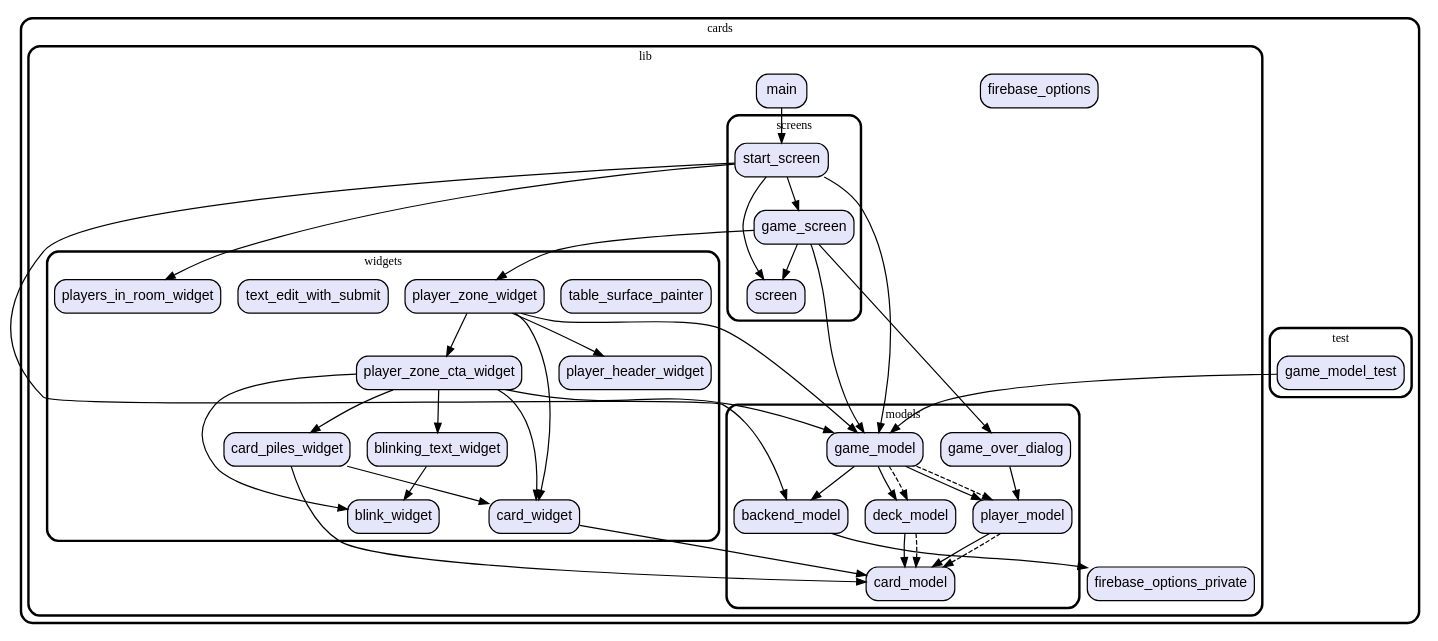
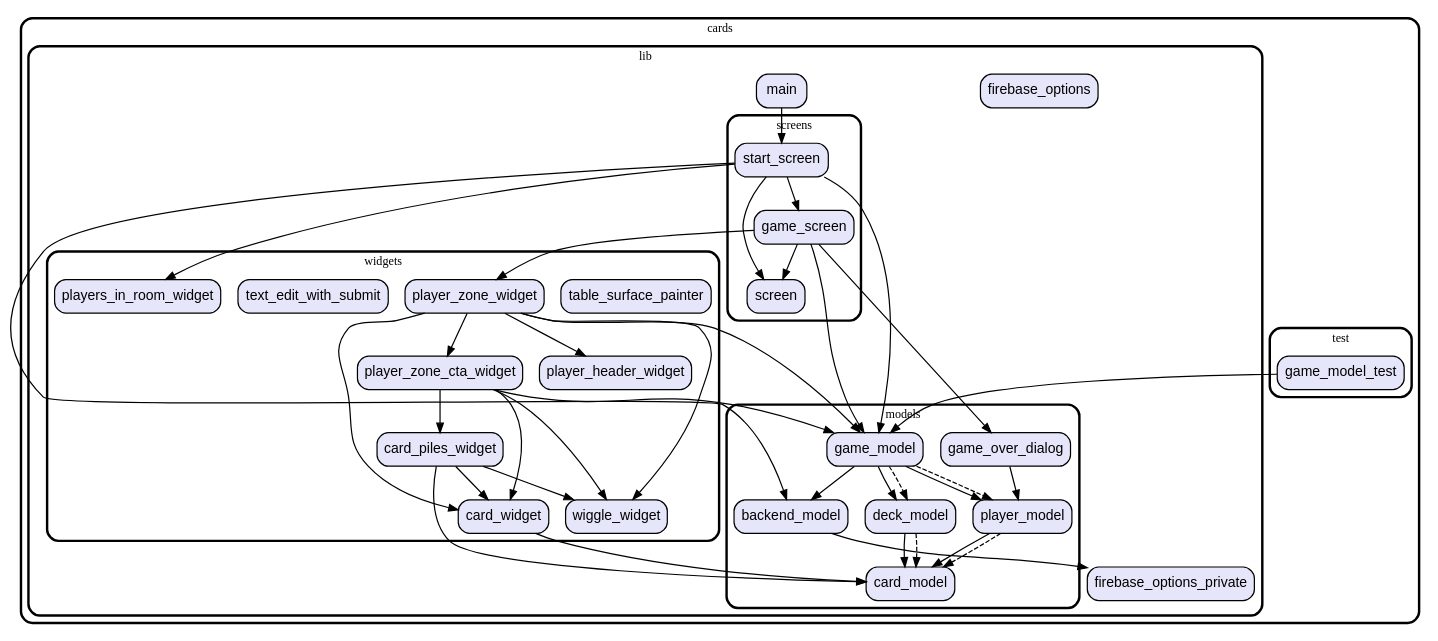
Before and after one commit to vteam-com/Cards: the diagram in graph.dot, drawn with Graphviz. The commit also changed 7 other files, not shown here.

```diff
--- a/graph.dot
+++ b/graph.dot
@@ -1,104 +1,102 @@
 digraph "" {
   graph [style=rounded fontname="Arial Black" fontsize=13 penwidth=2.6];
   node [shape=rect style="filled,rounded" fontname=Arial fontsize=15 fillcolor=Lavender penwidth=1.3];
   edge [penwidth=1.3];
   "/test/game_model_test.dart" [label="game_model_test"];
   "/lib/firebase_options_private.dart" [label="firebase_options_private"];
   "/lib/firebase_options.dart" [label="firebase_options"];
   "/lib/models/game_model.dart" [label="game_model"];
   "/lib/models/game_over_dialog.dart" [label="game_over_dialog"];
   "/lib/models/player_model.dart" [label="player_model"];
   "/lib/models/card_model.dart" [label="card_model"];
   "/lib/models/backend_model.dart" [label="backend_model"];
   "/lib/models/deck_model.dart" [label="deck_model"];
   "/lib/screens/game_screen.dart" [label="game_screen"];
   "/lib/screens/start_screen.dart" [label="start_screen"];
   "/lib/screens/screen.dart" [label="screen"];
   "/lib/main.dart" [label="main"];
   "/lib/widgets/player_zone_cta_widget.dart" [label="player_zone_cta_widget"];
   "/lib/widgets/table_surface_painter.dart" [label="table_surface_painter"];
   "/lib/widgets/card_widget.dart" [label="card_widget"];
   "/lib/widgets/player_header_widget.dart" [label="player_header_widget"];
+  "/lib/widgets/wiggle_widget.dart" [label="wiggle_widget"];
   "/lib/widgets/players_in_room_widget.dart" [label="players_in_room_widget"];
   "/lib/widgets/text_edit_with_submit.dart" [label="text_edit_with_submit"];
   "/lib/widgets/player_zone_widget.dart" [label="player_zone_widget"];
   "/lib/widgets/card_piles_widget.dart" [label="card_piles_widget"];
-  "/lib/widgets/blink_widget.dart" [label="blink_widget"];
-  "/lib/widgets/blinking_text_widget.dart" [label="blinking_text_widget"];
   subgraph "cluster~" {
     label="cards";
     subgraph "cluster~/test" {
       label="test";
       "/test/game_model_test.dart";
     }
     subgraph "cluster~/lib" {
       label="lib";
       "/lib/firebase_options_private.dart";
       "/lib/firebase_options.dart";
       "/lib/main.dart";
       subgraph "cluster~/lib/models" {
         label="models";
         "/lib/models/game_model.dart";
         "/lib/models/game_over_dialog.dart";
         "/lib/models/player_model.dart";
         "/lib/models/card_model.dart";
         "/lib/models/backend_model.dart";
         "/lib/models/deck_model.dart";
       }
       subgraph "cluster~/lib/screens" {
         label="screens";
         "/lib/screens/game_screen.dart";
         "/lib/screens/start_screen.dart";
         "/lib/screens/screen.dart";
       }
       subgraph "cluster~/lib/widgets" {
         label="widgets";
         "/lib/widgets/player_zone_cta_widget.dart";
         "/lib/widgets/table_surface_painter.dart";
         "/lib/widgets/card_widget.dart";
         "/lib/widgets/player_header_widget.dart";
+        "/lib/widgets/wiggle_widget.dart";
         "/lib/widgets/players_in_room_widget.dart";
         "/lib/widgets/text_edit_with_submit.dart";
         "/lib/widgets/player_zone_widget.dart";
         "/lib/widgets/card_piles_widget.dart";
-        "/lib/widgets/blink_widget.dart";
-        "/lib/widgets/blinking_text_widget.dart";
       }
     }
   }
   "/test/game_model_test.dart" -> "/lib/models/game_model.dart";
   "/lib/models/game_model.dart" -> "/lib/models/backend_model.dart";
   "/lib/models/game_model.dart" -> "/lib/models/deck_model.dart";
   "/lib/models/game_model.dart" -> "/lib/models/player_model.dart";
   "/lib/models/game_model.dart" -> "/lib/models/deck_model.dart" [style=dashed];
   "/lib/models/game_model.dart" -> "/lib/models/player_model.dart" [style=dashed];
   "/lib/models/game_over_dialog.dart" -> "/lib/models/player_model.dart";
   "/lib/models/player_model.dart" -> "/lib/models/card_model.dart";
   "/lib/models/player_model.dart" -> "/lib/models/card_model.dart" [style=dashed];
   "/lib/models/backend_model.dart" -> "/lib/firebase_options_private.dart";
   "/lib/models/deck_model.dart" -> "/lib/models/card_model.dart";
   "/lib/models/deck_model.dart" -> "/lib/models/card_model.dart" [style=dashed];
   "/lib/screens/game_screen.dart" -> "/lib/models/game_model.dart";
   "/lib/screens/game_screen.dart" -> "/lib/models/game_over_dialog.dart";
   "/lib/screens/game_screen.dart" -> "/lib/screens/screen.dart";
   "/lib/screens/game_screen.dart" -> "/lib/widgets/player_zone_widget.dart";
   "/lib/screens/start_screen.dart" -> "/lib/models/backend_model.dart";
   "/lib/screens/start_screen.dart" -> "/lib/models/game_model.dart";
   "/lib/screens/start_screen.dart" -> "/lib/screens/game_screen.dart";
   "/lib/screens/start_screen.dart" -> "/lib/screens/screen.dart";
   "/lib/screens/start_screen.dart" -> "/lib/widgets/players_in_room_widget.dart";
   "/lib/main.dart" -> "/lib/screens/start_screen.dart";
   "/lib/widgets/player_zone_cta_widget.dart" -> "/lib/models/game_model.dart";
-  "/lib/widgets/player_zone_cta_widget.dart" -> "/lib/widgets/blink_widget.dart";
-  "/lib/widgets/player_zone_cta_widget.dart" -> "/lib/widgets/blinking_text_widget.dart";
   "/lib/widgets/player_zone_cta_widget.dart" -> "/lib/widgets/card_piles_widget.dart";
   "/lib/widgets/player_zone_cta_widget.dart" -> "/lib/widgets/card_widget.dart";
+  "/lib/widgets/player_zone_cta_widget.dart" -> "/lib/widgets/wiggle_widget.dart";
   "/lib/widgets/card_widget.dart" -> "/lib/models/card_model.dart";
   "/lib/widgets/player_zone_widget.dart" -> "/lib/models/game_model.dart";
   "/lib/widgets/player_zone_widget.dart" -> "/lib/widgets/card_widget.dart";
   "/lib/widgets/player_zone_widget.dart" -> "/lib/widgets/player_header_widget.dart";
   "/lib/widgets/player_zone_widget.dart" -> "/lib/widgets/player_zone_cta_widget.dart";
+  "/lib/widgets/player_zone_widget.dart" -> "/lib/widgets/wiggle_widget.dart";
   "/lib/widgets/card_piles_widget.dart" -> "/lib/models/card_model.dart";
   "/lib/widgets/card_piles_widget.dart" -> "/lib/widgets/card_widget.dart";
-  "/lib/widgets/blinking_text_widget.dart" -> "/lib/widgets/blink_widget.dart";
+  "/lib/widgets/card_piles_widget.dart" -> "/lib/widgets/wiggle_widget.dart";
 }
```
